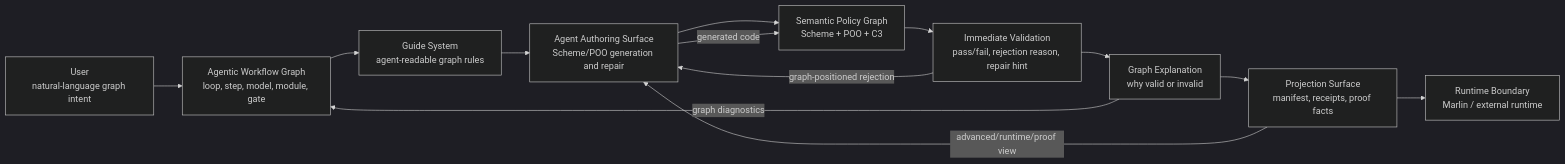
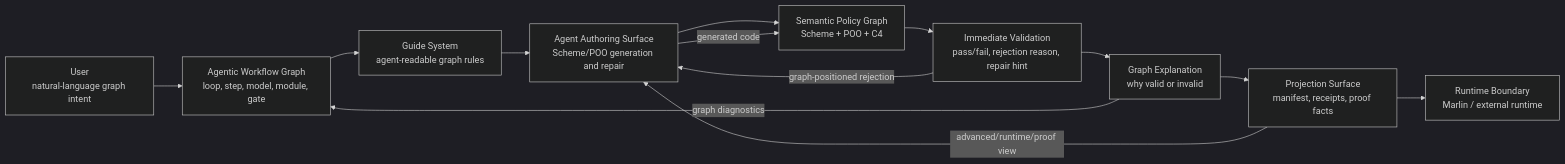
The first of 2 diagrams in docs/10-19-design/10.06-poo-module-system/57-user-graph-p0-thesis.org (tao3k/poo-flow), drawn with Mermaid (dark theme) before and after one commit. The commit also changed other lines of this file and 514 other files, not shown here.

```diff
--- a/docs/10-19-design/10.06-poo-module-system/57-user-graph-p0-thesis.org
+++ b/docs/10-19-design/10.06-poo-module-system/57-user-graph-p0-thesis.org
@@ -65,17 +65,17 @@
 #+begin_src mermaid
 flowchart LR
   User["User\nnatural-language graph intent"]
   Graph["Agentic Workflow Graph\nloop, step, model, module, gate"]
   Guide["Guide System\nagent-readable graph rules"]
   Agent["Agent Authoring Surface\nScheme/POO generation and repair"]
-  Semantic["Semantic Policy Graph\nScheme + POO + C3"]
+  Semantic["Semantic Policy Graph\nScheme + POO + C4"]
   Validation["Immediate Validation\npass/fail, rejection reason, repair hint"]
   Explanation["Graph Explanation\nwhy valid or invalid"]
   Projection["Projection Surface\nmanifest, receipts, proof facts"]
   Runtime["Runtime Boundary\nMarlin / external runtime"]
   User --> Graph --> Guide --> Agent --> Semantic --> Validation --> Explanation --> Projection --> Runtime
   Validation -->|"graph-positioned rejection"| Agent
   Explanation -->|"graph diagnostics"| Graph
   Agent -->|"generated code"| Semantic
   Projection -->|"advanced/runtime/proof view"| Agent
 #+end_src
```
